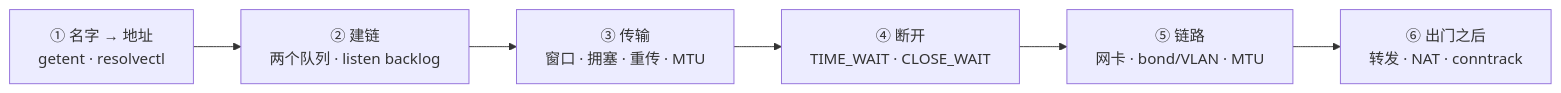
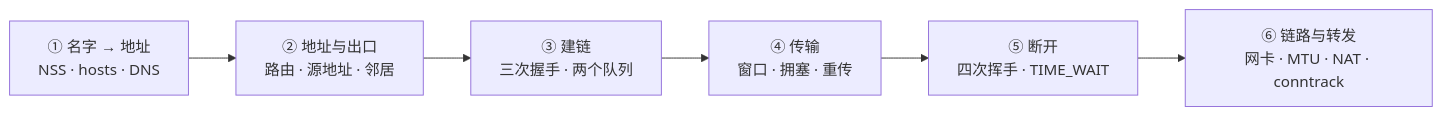
The diagram in Linux/06_网络协议栈与排障/00_导读与知识地图.md (realtyz/ops-manual), drawn with Mermaid before and after one commit. The commit also changed other lines of this file and 70 other files, not shown here.

````diff
--- a/Linux/06_网络协议栈与排障/00_导读与知识地图.md
+++ b/Linux/06_网络协议栈与排障/00_导读与知识地图.md
@@ -69,8 +19,8 @@
 ```mermaid
 flowchart LR
-  A["① 名字 → 地址<br/>getent · resolvectl"] --> B["② 建链<br/>两个队列 · listen backlog"]
-  B --> C["③ 传输<br/>窗口 · 拥塞 · 重传 · MTU"]
-  C --> D["④ 断开<br/>TIME_WAIT · CLOSE_WAIT"]
-  D --> E["⑤ 链路<br/>网卡 · bond/VLAN · MTU"]
-  E --> F["⑥ 出门之后<br/>转发 · NAT · conntrack"]
+  A["① 名字 → 地址<br/>NSS · hosts · DNS"] --> B["② 地址与出口<br/>路由 · 源地址 · 邻居"]
+  B --> C["③ 建链<br/>三次握手 · 两个队列"]
+  C --> D["④ 传输<br/>窗口 · 拥塞 · 重传"]
+  D --> E["⑤ 断开<br/>四次挥手 · TIME_WAIT"]
+  E --> F["⑥ 链路与转发<br/>网卡 · MTU · NAT · conntrack"]
 ```
````
